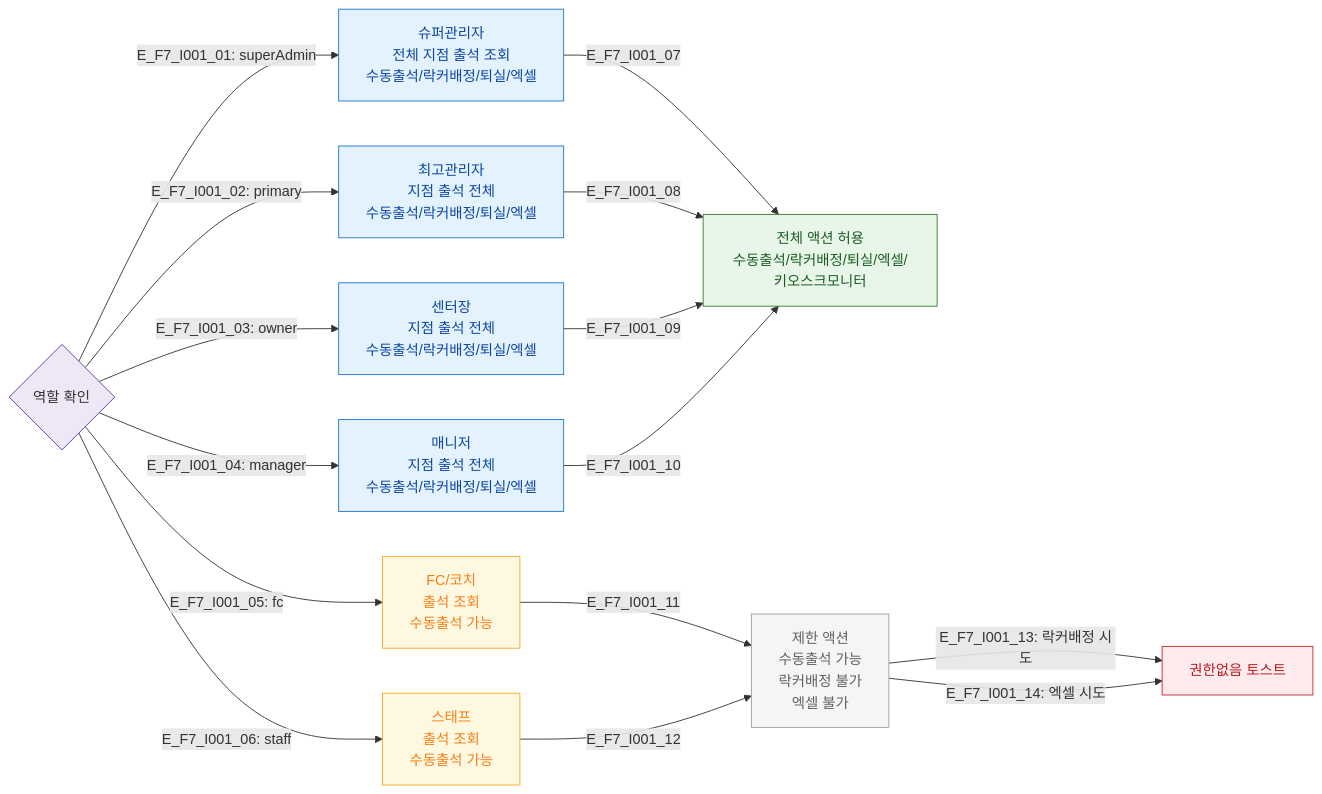
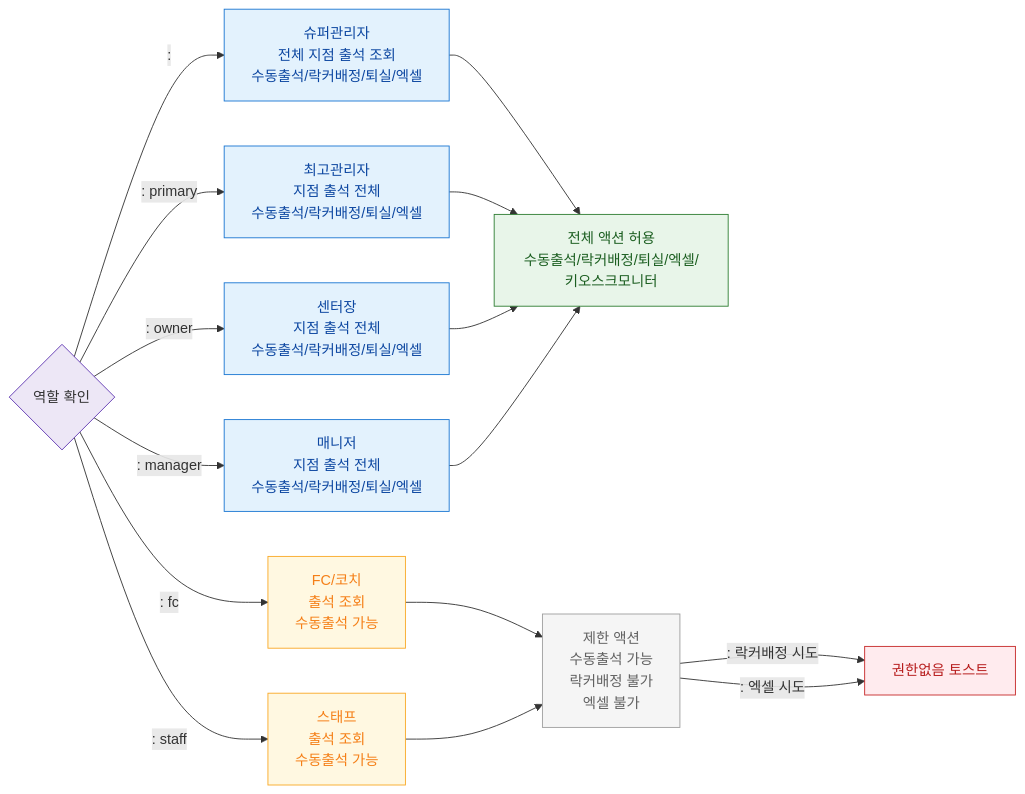
One commit to dev-spogym/admin-pando changed the diagram in docs/다이어그램/D11_통합운영/SCR-I001_통합출석관리/F7_권한.md. Above: the diagram before and after it, drawn with Mermaid. The commit also changed other lines of this file and 1660 other files, not shown here.

First line of the commit message:
다이어그램: 기획자/클라이언트 납품본으로 정리

````diff
--- a/docs/다이어그램/D11_통합운영/SCR-I001_통합출석관리/F7_권한.md
+++ b/docs/다이어그램/D11_통합운영/SCR-I001_통합출석관리/F7_권한.md
@@ -19,34 +17,34 @@
 ```mermaid
 flowchart LR
     ROLE{역할 확인}
 
-    ROLE -->|"E_F7_I001_01: superAdmin"| SA[슈퍼관리자\n전체 지점 출석 조회\n수동출석/락커배정/퇴실/엑셀]
-    ROLE -->|"E_F7_I001_02: primary"| PR[최고관리자\n지점 출석 전체\n수동출석/락커배정/퇴실/엑셀]
-    ROLE -->|"E_F7_I001_03: owner"| OW[센터장\n지점 출석 전체\n수동출석/락커배정/퇴실/엑셀]
-    ROLE -->|"E_F7_I001_04: manager"| MG[매니저\n지점 출석 전체\n수동출석/락커배정/퇴실/엑셀]
-    ROLE -->|"E_F7_I001_05: fc"| FC[FC/코치\n출석 조회\n수동출석 가능]
-    ROLE -->|"E_F7_I001_06: staff"| ST[스태프\n출석 조회\n수동출석 가능]
+    ROLE -->|": "|SA[슈퍼관리자\n전체 지점 출석 조회\n수동출석/락커배정/퇴실/엑셀]
+    ROLE -->|": primary"|PR[최고관리자\n지점 출석 전체\n수동출석/락커배정/퇴실/엑셀]
+    ROLE -->|": owner"|OW[센터장\n지점 출석 전체\n수동출석/락커배정/퇴실/엑셀]
+    ROLE -->|": manager"|MG[매니저\n지점 출석 전체\n수동출석/락커배정/퇴실/엑셀]
+    ROLE -->|": fc"|FC[FC/코치\n출석 조회\n수동출석 가능]
+    ROLE -->|": staff"|ST[스태프\n출석 조회\n수동출석 가능]
 
-    SA -->|E_F7_I001_07| ACT_FULL[전체 액션 허용\n수동출석/락커배정/퇴실/엑셀/키오스크모니터]
-    PR -->|E_F7_I001_08| ACT_FULL
-    OW -->|E_F7_I001_09| ACT_FULL
-    MG -->|E_F7_I001_10| ACT_FULL
-    FC -->|E_F7_I001_11| ACT_LIMITED[제한 액션\n수동출석 가능\n락커배정 불가\n엑셀 불가]
-    ST -->|E_F7_I001_12| ACT_LIMITED
+    SA --> ACT_FULL[전체 액션 허용\n수동출석/락커배정/퇴실/엑셀/키오스크모니터]
+    PR --> ACT_FULL
+    OW --> ACT_FULL
+    MG --> ACT_FULL
+    FC --> ACT_LIMITED[제한 액션\n수동출석 가능\n락커배정 불가\n엑셀 불가]
+    ST --> ACT_LIMITED
 
-    ACT_LIMITED -->|"E_F7_I001_13: 락커배정 시도"| BLOCKED[권한없음 토스트]
-    ACT_LIMITED -->|"E_F7_I001_14: 엑셀 시도"| BLOCKED
+    ACT_LIMITED -->|": 락커배정 시도"|BLOCKED[권한없음 토스트]
+    ACT_LIMITED -->|": 엑셀 시도"|BLOCKED
 
-    classDef screen       fill:#E3F2FD,stroke:#1976D2,color:#0D47A1
-    classDef success      fill:#E8F5E9,stroke:#2E7D32,color:#1B5E20
-    classDef warning      fill:#FFF8E1,stroke:#F9A825,color:#F57F17
-    classDef error        fill:#FFEBEE,stroke:#C62828,color:#B71C1C
-    classDef rbacBlocked  fill:#F5F5F5,stroke:#9E9E9E,color:#616161
-    classDef system       fill:#EDE7F6,stroke:#5E35B2
+    classDef screen fill:#E3F2FD,stroke:#1976D2,color:#0D47A1
+    classDef success fill:#E8F5E9,stroke:#2E7D32,color:#1B5E20
+    classDef warning fill:#FFF8E1,stroke:#F9A825,color:#F57F17
+    classDef error fill:#FFEBEE,stroke:#C62828,color:#B71C1C
+    classDef rbacBlocked fill:#F5F5F5,stroke:#9E9E9E,color:#616161
+    classDef system fill:#EDE7F6,stroke:#5E35B2
     class SA,PR,OW,MG screen
     class FC,ST warning
     class ACT_FULL success
     class ACT_LIMITED rbacBlocked
     class BLOCKED error
     class ROLE system
 ```
````
